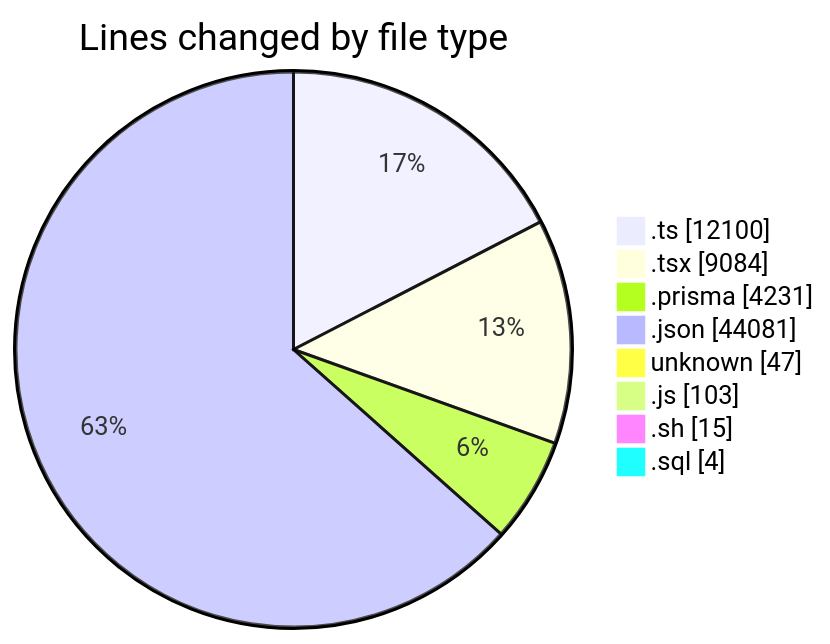
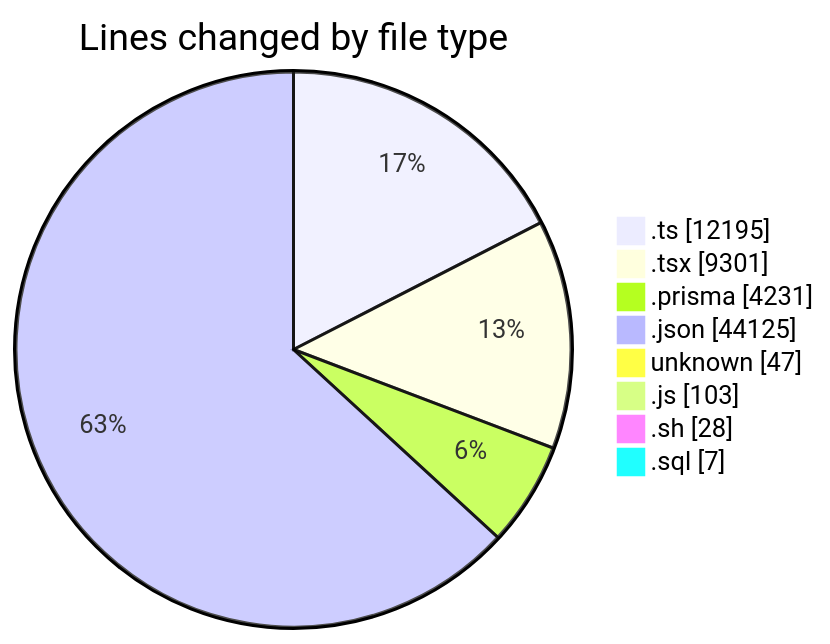
The first of 2 diagrams in 2025-05-19/ecodeli-1/README.md (CELIANVF/code-tracking), drawn with Mermaid before and after one commit. The commit also changed other lines of this file and 1 other file, not shown here.

````diff
--- a/2025-05-19/ecodeli-1/README.md
+++ b/2025-05-19/ecodeli-1/README.md
@@ -93,12 +93,12 @@
 ```mermaid
 pie showData
 title Lines changed by file type
-".ts" : 12100
-".tsx" : 9084
+".ts" : 12195
+".tsx" : 9301
 ".prisma" : 4231
-".json" : 44081
+".json" : 44125
 "unknown" : 47
 ".js" : 103
-".sh" : 15
-".sql" : 4
+".sh" : 28
+".sql" : 7
 ```
````
